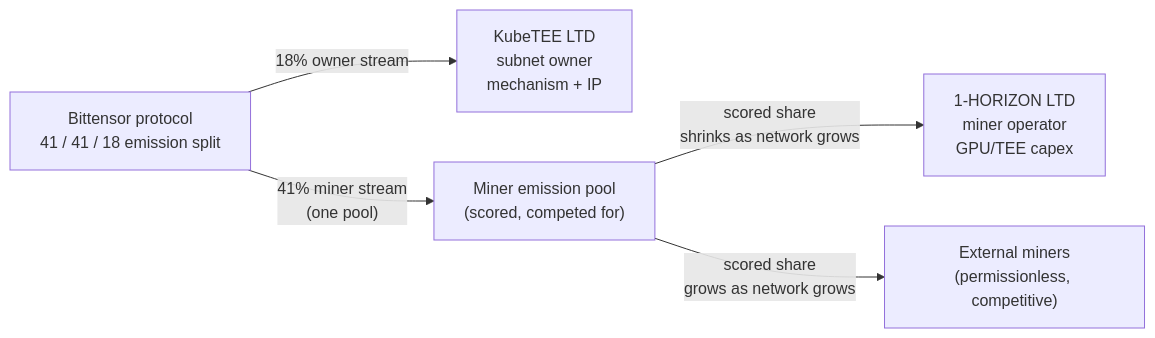
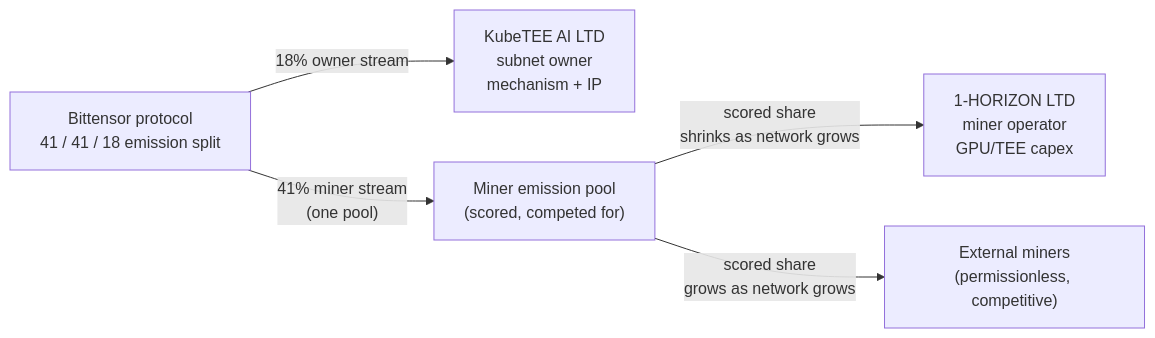
The third of 6 diagrams in README.md (KubeTEE-AI/kubetee-subnet), drawn with Mermaid before and after one commit. The commit also changed other lines of this file and 1 other file, not shown here.

First line of the commit message:
docs(subnet): rename KubeTEE LTD to KubeTEE AI LTD

````diff
--- a/README.md
+++ b/README.md
@@ -462,8 +462,8 @@
 ```mermaid
 flowchart LR
     Proto["Bittensor protocol<br/>41 / 41 / 18 emission split"]
-    Proto -->|"18% owner stream"| Kube["KubeTEE LTD<br/>subnet owner<br/>mechanism + IP"]
+    Proto -->|"18% owner stream"| Kube["KubeTEE AI LTD<br/>subnet owner<br/>mechanism + IP"]
     Proto -->|"41% miner stream<br/>(one pool)"| Pool["Miner emission pool<br/>(scored, competed for)"]
     Pool -->|"scored share<br/>shrinks as network grows"| Hori["1-HORIZON LTD<br/>miner operator<br/>GPU/TEE capex"]
     Pool -->|"scored share<br/>grows as network grows"| Ext["External miners<br/>(permissionless, competitive)"]
 ```
````
